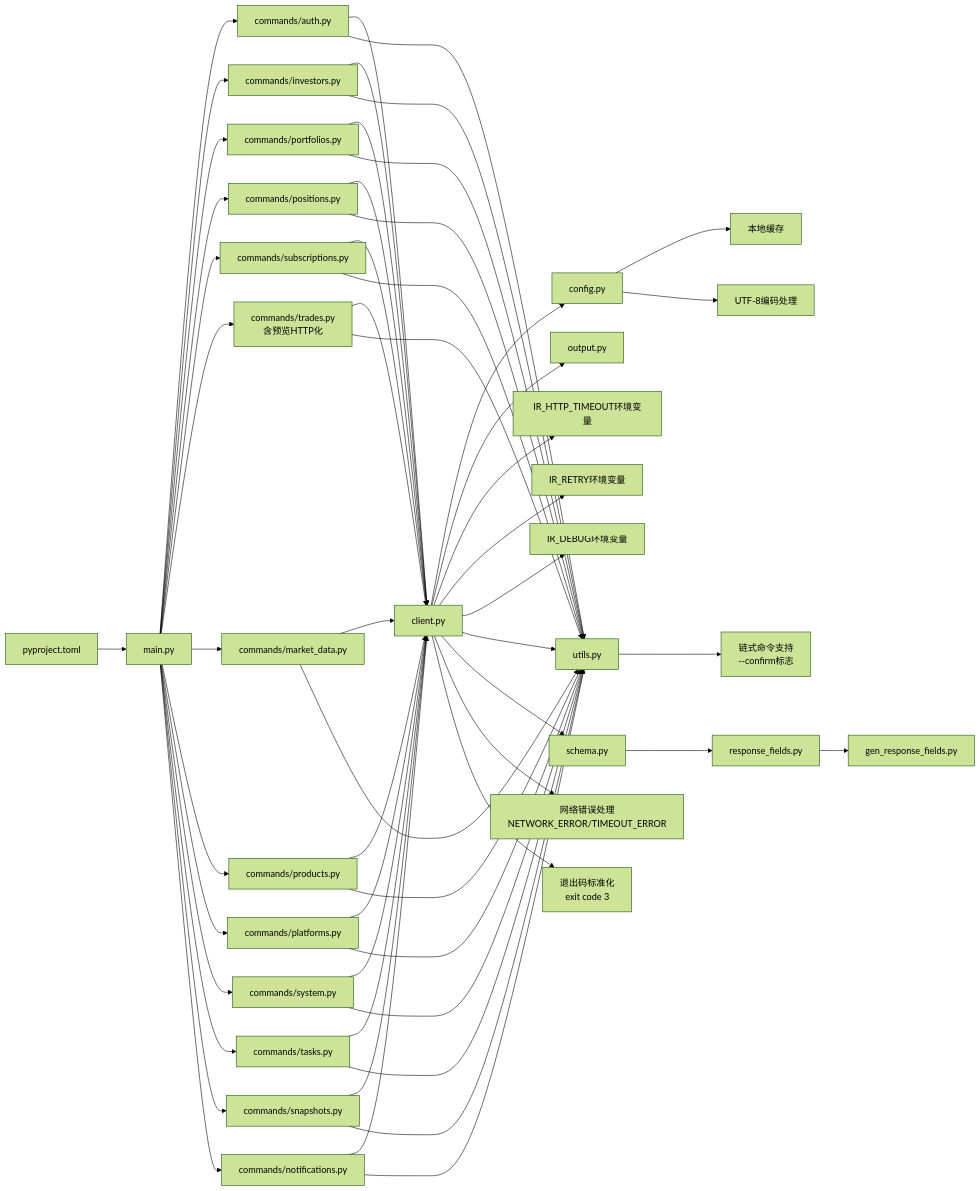
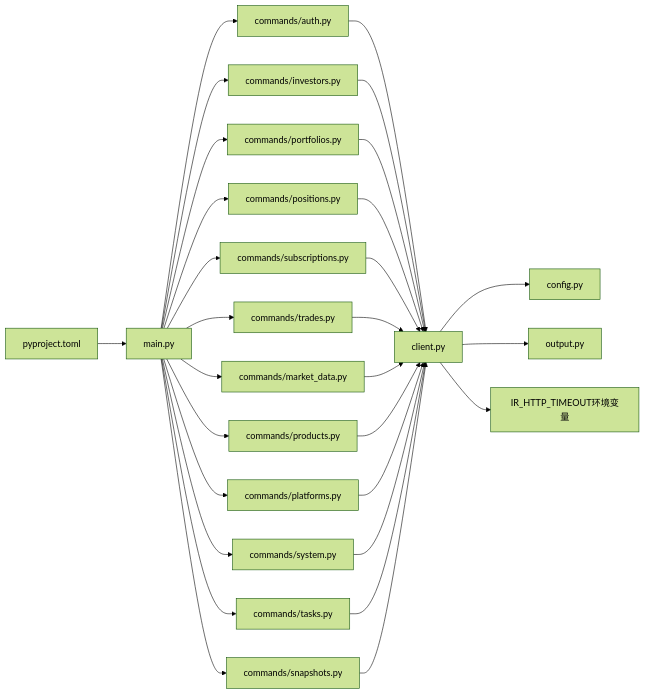
The sixth of 6 diagrams in .qoder/repowiki/zh/content/开发指南/InvestRing HTTP客户端CLI工具.md (gujialind/InvestRing), drawn with Mermaid (forest theme) before and after one commit. The commit also changed other lines of this file and 65 other files, not shown here.

````diff
--- a/.qoder/repowiki/zh/content/开发指南/InvestRing HTTP客户端CLI工具.md
+++ b/.qoder/repowiki/zh/content/开发指南/InvestRing HTTP客户端CLI工具.md
@@ -580,57 +273,31 @@
 ```mermaid
 graph LR
 P["pyproject.toml"] --> M["main.py"]
 M --> A["commands/auth.py"]
 M --> I["commands/investors.py"]
 M --> PRT["commands/portfolios.py"]
 M --> POS["commands/positions.py"]
 M --> SUB["commands/subscriptions.py"]
-M --> TRD["commands/trades.py<br/>含预览HTTP化"]
+M --> TRD["commands/trades.py"]
 M --> MKT["commands/market_data.py"]
 M --> PRD["commands/products.py"]
 M --> PLF["commands/platforms.py"]
 M --> SYS["commands/system.py"]
 M --> TSK["commands/tasks.py"]
 M --> SNP["commands/snapshots.py"]
-M --> NOTI["commands/notifications.py"]
 A --> CL["client.py"]
 I --> CL
 PRT --> CL
 POS --> CL
 SUB --> CL
 TRD --> CL
 MKT --> CL
 PRD --> CL
 PLF --> CL
 SYS --> CL
 TSK --> CL
 SNP --> CL
-NOTI --> CL
 CL --> CFG["config.py"]
 CL --> OUT["output.py"]
 CL --> ENV["IR_HTTP_TIMEOUT环境变量"]
-CL --> RETRY["IR_RETRY环境变量"]
-CL --> DEBUG["IR_DEBUG环境变量"]
-CL --> UT["utils.py"]
-CL --> SCH["schema.py"]
-SCH --> RF["response_fields.py"]
-RF --> GEN["gen_response_fields.py"]
-A --> UT
-I --> UT
-PRT --> UT
-POS --> UT
-SUB --> UT
-TRD --> UT
-MKT --> UT
-PRD --> UT
-PLF --> UT
-SYS --> UT
-TSK --> UT
-SNP --> UT
-NOTI --> UT
-CFG --> CACHE["本地缓存"]
-CFG --> UTF8["UTF-8编码处理"]
-CL --> NETERR["网络错误处理<br/>NETWORK_ERROR/TIMEOUT_ERROR"]
-CL --> EXITCODE["退出码标准化<br/>exit code 3"]
-UT --> CHAIN["链式命令支持<br/>--confirm标志"]
 ```
````
